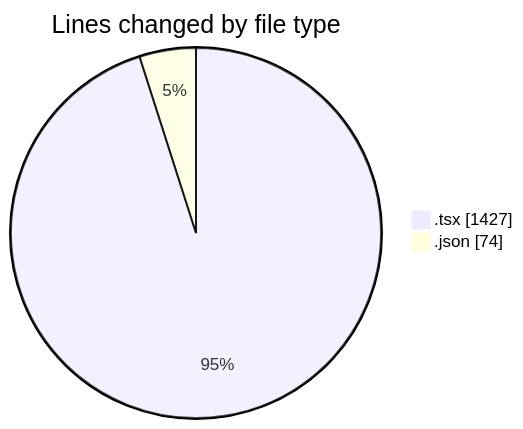
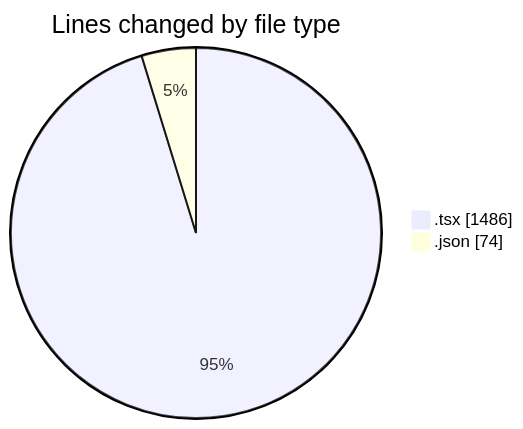
Before and after one commit to momahboobian/code-tracking: the first of 2 diagrams in 2025-04-08/cda/README.md, drawn with Mermaid. The commit also changed other lines of this file and 1 other file, not shown here.

````diff
--- a/2025-04-08/cda/README.md
+++ b/2025-04-08/cda/README.md
@@ -22,6 +22,6 @@
 ```mermaid
 pie showData
 title Lines changed by file type
-".tsx" : 1427
+".tsx" : 1486
 ".json" : 74
 ```
````
